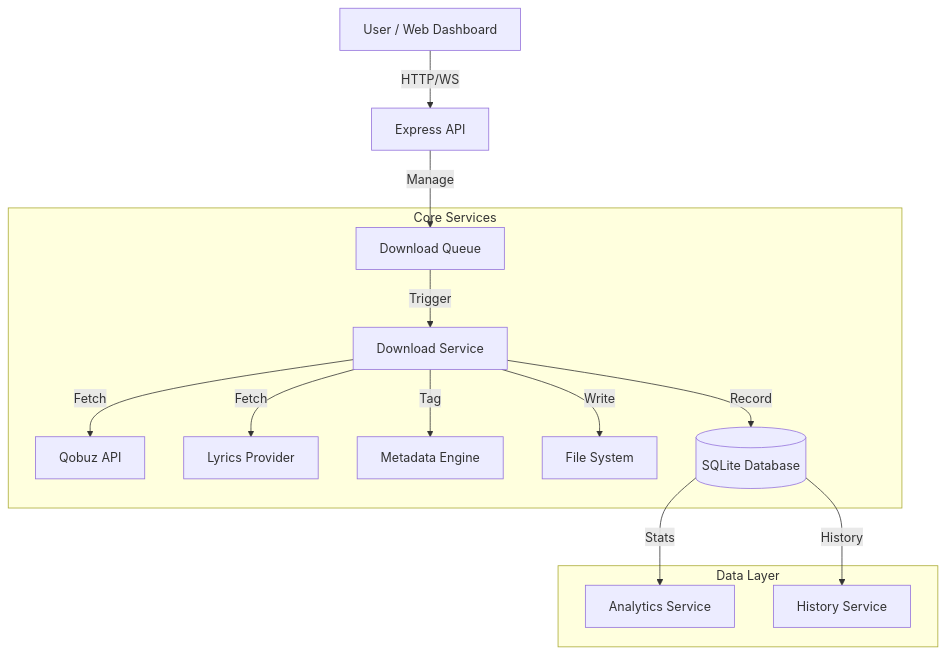
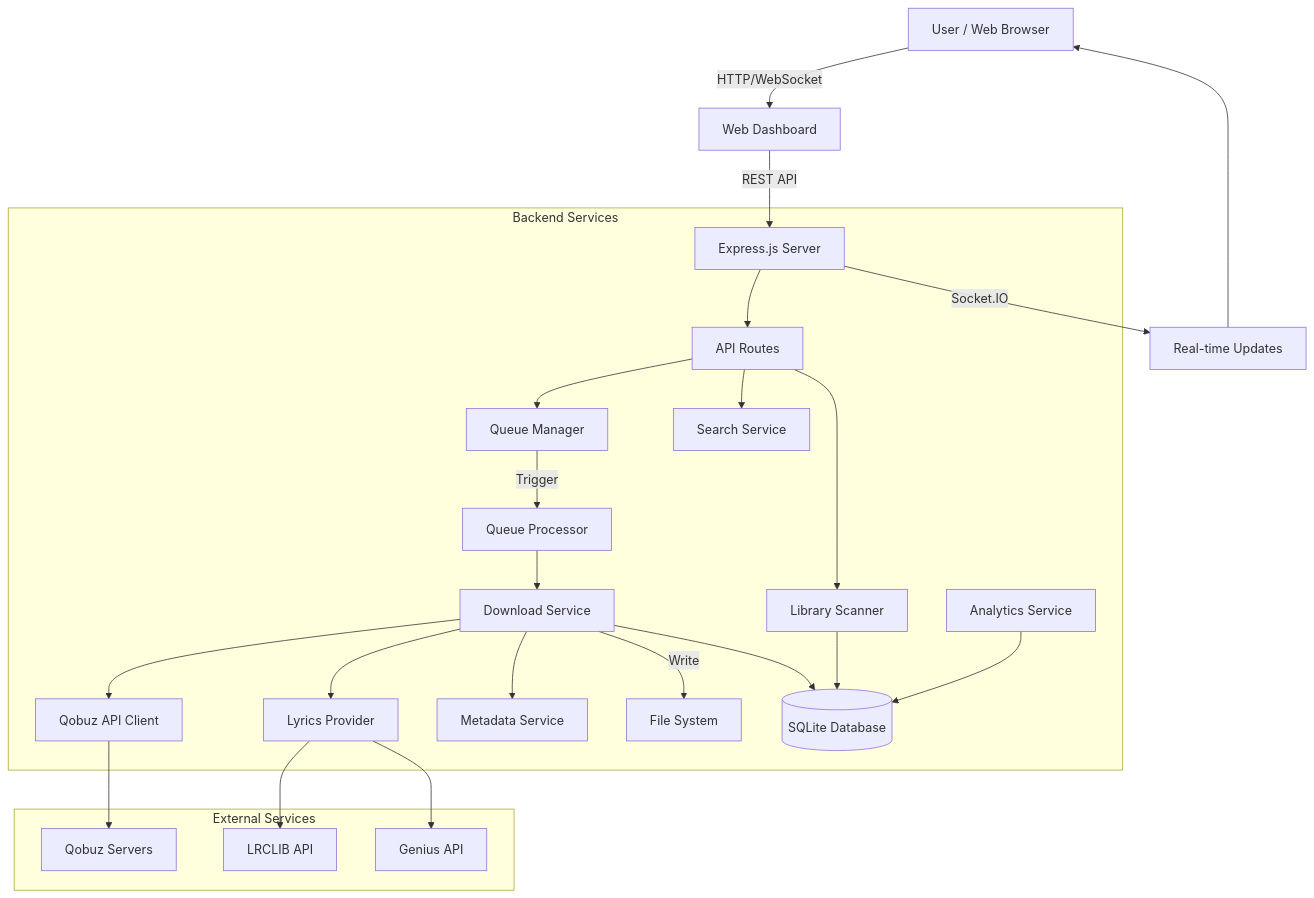
The diagram in README.md (ifauzeee/QBZ-Downloader), drawn with Mermaid before and after one commit. The commit also changed other lines of this file and 6 other files, not shown here.

````diff
--- a/README.md
+++ b/README.md
@@ -264,19 +1047,32 @@
 ```mermaid
 graph TD
-    User[User / Web Dashboard] -->|HTTP/WS| API[Express API]
-    API -->|Manage| Queue[Download Queue]
+    User[User / Web Browser] -->|HTTP/WebSocket| Dashboard[Web Dashboard]
+    Dashboard -->|REST API| Express[Express.js Server]
     
-    subgraph Core Services
-        Queue -->|Trigger| Downloader[Download Service]
-        Downloader -->|Fetch| Qobuz[Qobuz API]
-        Downloader -->|Fetch| Lyrics[Lyrics Provider]
-        Downloader -->|Tag| Metadata[Metadata Engine]
-        Downloader -->|Write| FS[File System]
-        Downloader -->|Record| DB[(SQLite Database)]
+    subgraph Backend Services
+        Express --> Router[API Routes]
+        Router --> Queue[Queue Manager]
+        Router --> Search[Search Service]
+        Router --> Library[Library Scanner]
+        
+        Queue -->|Trigger| Processor[Queue Processor]
+        Processor --> Downloader[Download Service]
+        Downloader --> QobuzAPI[Qobuz API Client]
+        Downloader --> Lyrics[Lyrics Provider]
+        Downloader --> Metadata[Metadata Service]
+        Downloader -->|Write| FileSystem[File System]
+        
+        Downloader --> DB[(SQLite Database)]
+        Library --> DB
+        Analytics[Analytics Service] --> DB
     end
     
-    subgraph Data Layer
-        DB -->|Stats| Analytics[Analytics Service]
-        DB -->|History| History[History Service]
+    subgraph External Services
+        QobuzAPI --> Qobuz[Qobuz Servers]
+        Lyrics --> LRCLIB[LRCLIB API]
+        Lyrics --> Genius[Genius API]
     end
+    
+    Express -->|Socket.IO| Realtime[Real-time Updates]
+    Realtime --> User
 ```
````
